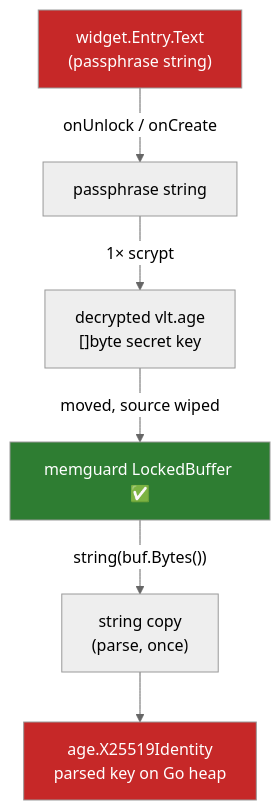
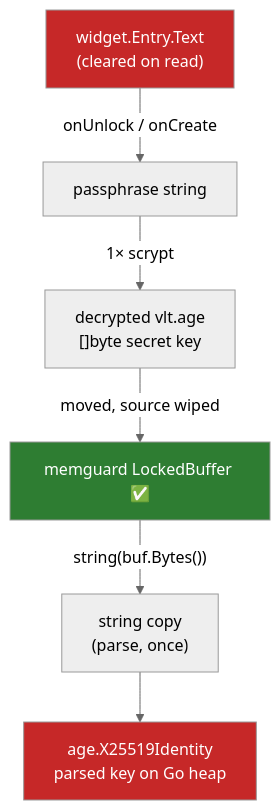
Before and after one commit to heyjdp/vlt: the diagram in vault-vlt/Architecture/Security Model.md, drawn with Mermaid (neutral theme). The commit also changed other lines of this file and 15 other files, not shown here.

````diff
--- a/vault-vlt/Architecture/Security Model.md
+++ b/vault-vlt/Architecture/Security Model.md
@@ -25,12 +25,12 @@
 ```mermaid
 flowchart TB
-    E["widget.Entry.Text<br/>(passphrase string)"] -->|"onUnlock / onCreate"| P["passphrase string"]
+    E["widget.Entry.Text<br/>(cleared on read)"] -->|"onUnlock / onCreate"| P["passphrase string"]
     P -->|"1× scrypt"| U["decrypted vlt.age<br/>[]byte secret key"]
     U -->|"moved, source wiped"| LB["memguard LockedBuffer ✅"]
     LB -->|"string(buf.Bytes())"| S2["string copy<br/>(parse, once)"]
     S2 --> X["age.X25519Identity<br/>parsed key on Go heap"]
 
     style LB fill:#2e7d32,color:#fff
     style E fill:#c62828,color:#fff
     style X fill:#c62828,color:#fff
 ```
````
